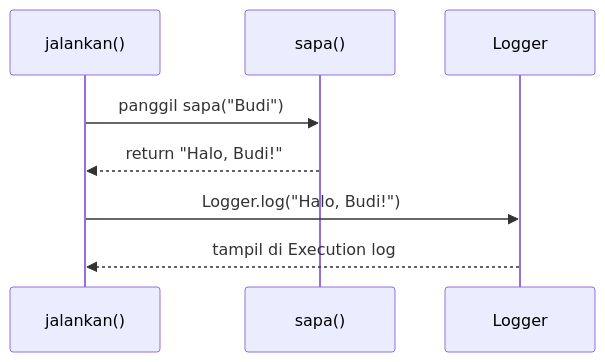
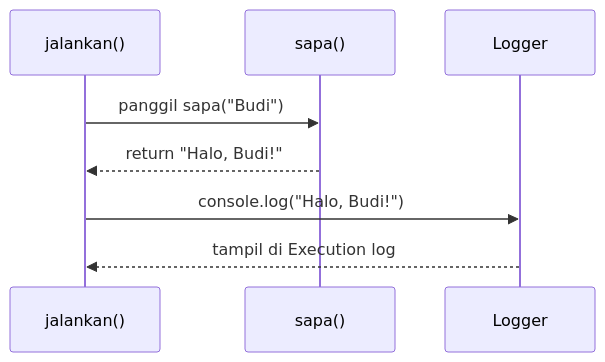
One commit to githubna-ilham/google-script changed the fifth of 7 diagrams in Modul-0-JavaScript-Dasar/materi.md. Above: the diagram before and after it, drawn with Mermaid. The commit also changed other lines of this file and 28 other files, not shown here.

First line of the commit message:
Replace Logger.log with console.log across all modules

````diff
--- a/Modul-0-JavaScript-Dasar/materi.md
+++ b/Modul-0-JavaScript-Dasar/materi.md
@@ -240,10 +240,10 @@
 ```mermaid
 sequenceDiagram
     participant J as jalankan()
     participant S as sapa()
     participant L as Logger
     J->>S: panggil sapa("Budi")
     S-->>J: return "Halo, Budi!"
-    J->>L: Logger.log("Halo, Budi!")
+    J->>L: console.log("Halo, Budi!")
     L-->>J: tampil di Execution log
 ```
````
